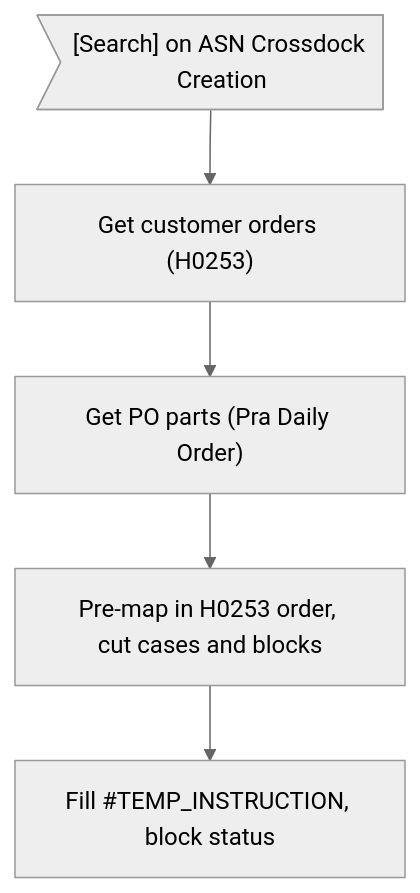
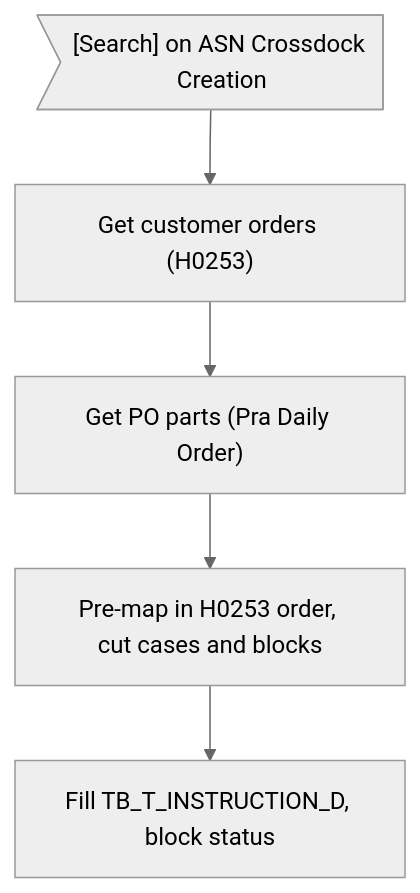
Before and after one commit to ivanrayhannn/crossdockpoc: the first of 2 diagrams in prepare_code/uiss/XD09_Batch_MappingCustomerOrderPO.md, drawn with Mermaid (neutral theme). The commit also changed other lines of this file and 24 other files, not shown here.

````diff
--- a/prepare_code/uiss/XD09_Batch_MappingCustomerOrderPO.md
+++ b/prepare_code/uiss/XD09_Batch_MappingCustomerOrderPO.md
@@ -31,12 +36,12 @@
 ```mermaid
 flowchart TB
   a>"[Search] on ASN Crossdock Creation"]
   b["Get customer orders (H0253)"]
   c["Get PO parts (Pra Daily Order)"]
   d["Pre-map in H0253 order, cut cases and blocks"]
-  e["Fill #TEMP_INSTRUCTION, block status"]
+  e["Fill TB_T_INSTRUCTION_D, block status"]
   a --> b
   b --> c
   c --> d
   d --> e
 ```
````
